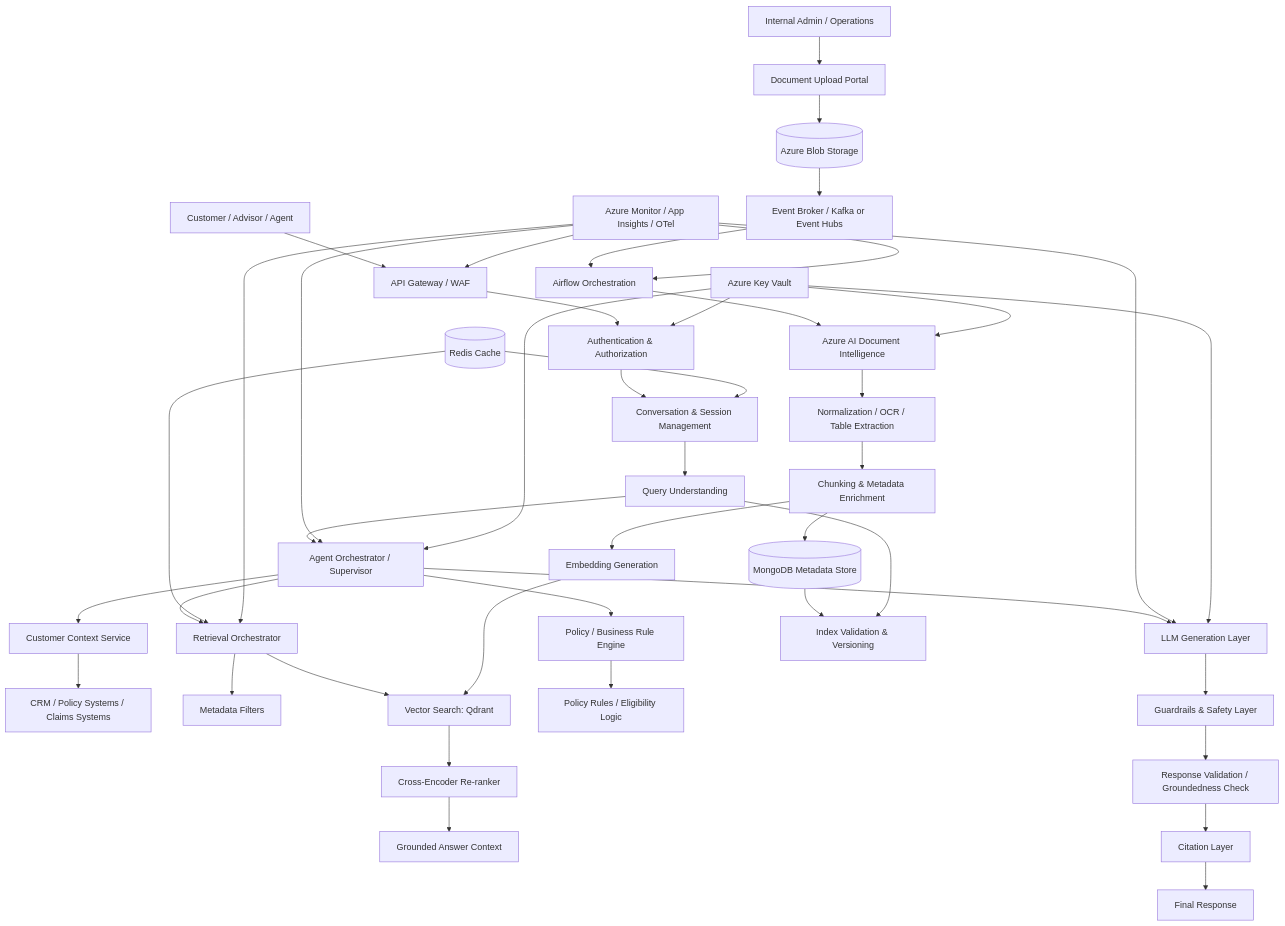
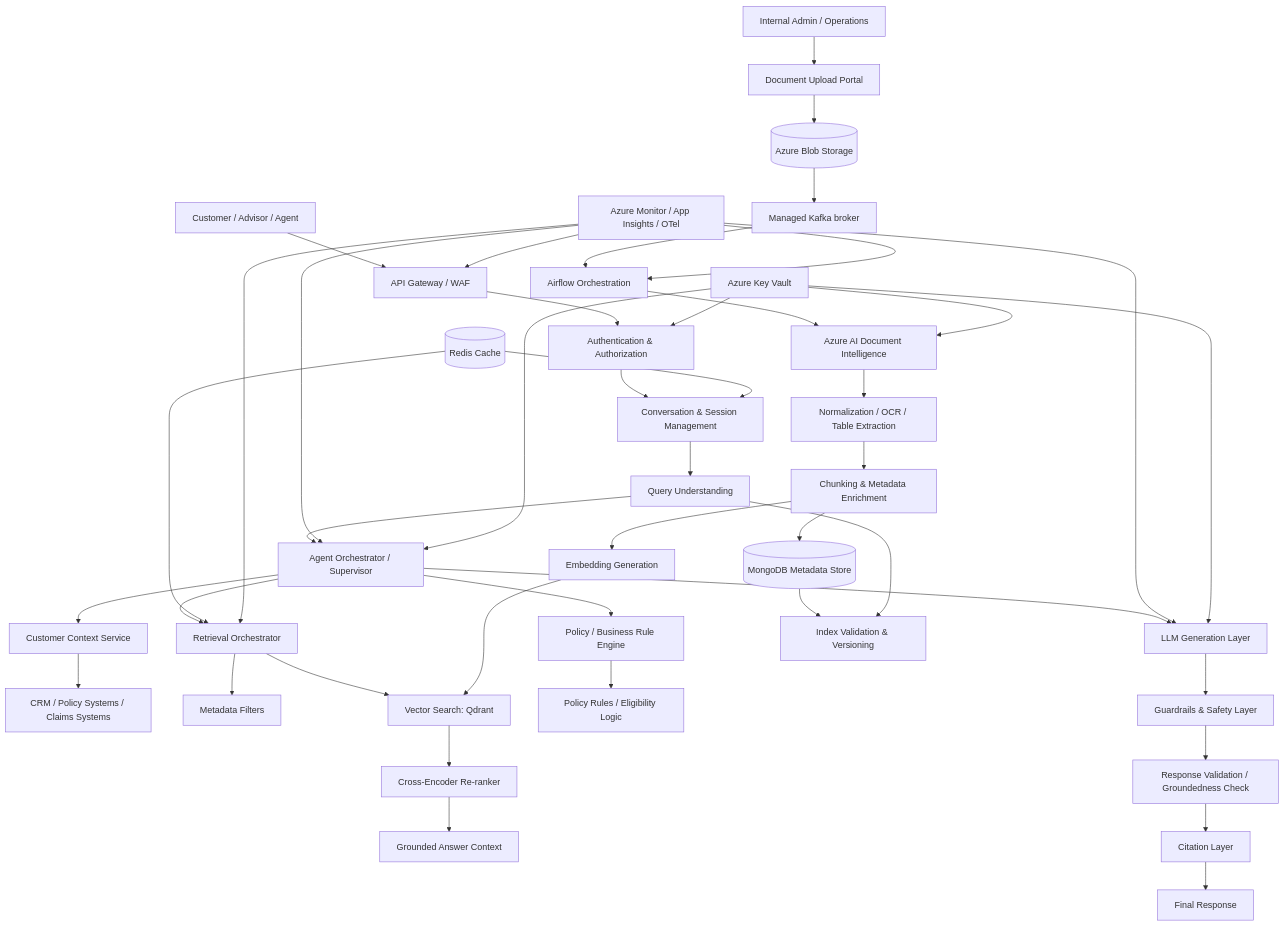
One commit to mithileshbhumca/InsuranceGenAI changed the second of 4 diagrams in README.md. Above: the diagram before and after it, drawn with Mermaid. The commit also changed other lines of this file and 6 other files, not shown here.

````diff
--- a/README.md
+++ b/README.md
@@ -640,53 +648,53 @@
 ```mermaid
 flowchart TD
     U[Customer / Advisor / Agent] --> G[API Gateway / WAF]
     G --> IAM[Authentication & Authorization]
     IAM --> CS[Conversation & Session Management]
     CS --> Q[Query Understanding]
     Q --> O[Agent Orchestrator / Supervisor]
 
     O --> Ctx[Customer Context Service]
     Ctx --> CRM[CRM / Policy Systems / Claims Systems]
 
     O --> R[Retrieval Orchestrator]
     R --> Meta[Metadata Filters]
     R --> V[Vector Search: Qdrant]
     V --> Rank[Cross-Encoder Re-ranker]
     Rank --> Evidence[Grounded Answer Context]
 
     O --> Rule[Policy / Business Rule Engine]
     Rule --> KB[Policy Rules / Eligibility Logic]
 
     O --> Gen[LLM Generation Layer]
     Gen --> Guard[Guardrails & Safety Layer]
     Guard --> Val[Response Validation / Groundedness Check]
     Val --> Cit[Citation Layer]
     Cit --> Resp[Final Response]
 
     Admin[Internal Admin / Operations] --> DocUI[Document Upload Portal]
     DocUI --> Blob[(Azure Blob Storage)]
-    Blob --> Event[Event Broker / Kafka or Event Hubs]
+    Blob --> Event[Managed Kafka broker]
     Event --> Airflow[Airflow Orchestration]
     Airflow --> DocIntel[Azure AI Document Intelligence]
     DocIntel --> Norm[Normalization / OCR / Table Extraction]
     Norm --> Chunk[Chunking & Metadata Enrichment]
     Chunk --> Embed[Embedding Generation]
     Embed --> V
     Chunk --> Mongo[(MongoDB Metadata Store)]
     Mongo --> IndexValid[Index Validation & Versioning]
     Q --> IndexValid
 
     Redis[(Redis Cache)] --> R
     Redis --> CS
 
     Observability[Azure Monitor / App Insights / OTel] --> G
     Observability --> O
     Observability --> R
     Observability --> Gen
     Observability --> Airflow
 
     KeyVault[Azure Key Vault] --> IAM
     KeyVault --> DocIntel
     KeyVault --> Gen
     KeyVault --> O
 ```
````
